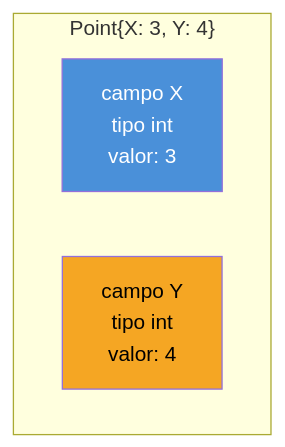
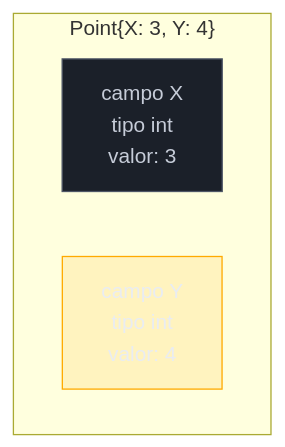
One commit to josenaldo/codex-technomanticus changed the first of 2 diagrams in 03-Dominios/Tecnologia/Go/02 - Tipos, structs e métodos/01 - Structs — definição e inicialização.md. Above: the diagram before and after it, drawn with Mermaid. The commit also changed other lines of this file and 1181 other files, not shown here.

First line of the commit message:
fix(diagramas): paleta do sistema no lugar de cor cravada no markdown

````diff
--- a/03-Dominios/Tecnologia/Go/02 - Tipos, structs e métodos/01 - Structs — definição e inicialização.md
+++ b/03-Dominios/Tecnologia/Go/02 - Tipos, structs e métodos/01 - Structs — definição e inicialização.md
@@ -57,11 +57,13 @@
 ```mermaid
 flowchart LR
+    classDef neutro fill:#1B2029,stroke:#4E5666,color:#C6CCD8
+    classDef destaque fill:#FFAA0024,stroke:#FFAA00,color:#E9ECF2
     subgraph P["Point{X: 3, Y: 4}"]
         direction LR
         X["campo X<br/>tipo int<br/>valor: 3"]
         Y["campo Y<br/>tipo int<br/>valor: 4"]
     end
 
-    style X fill:#4A90D9,color:#fff
-    style Y fill:#F5A623,color:#000
+    class X neutro
+    class Y destaque
 ```
````
